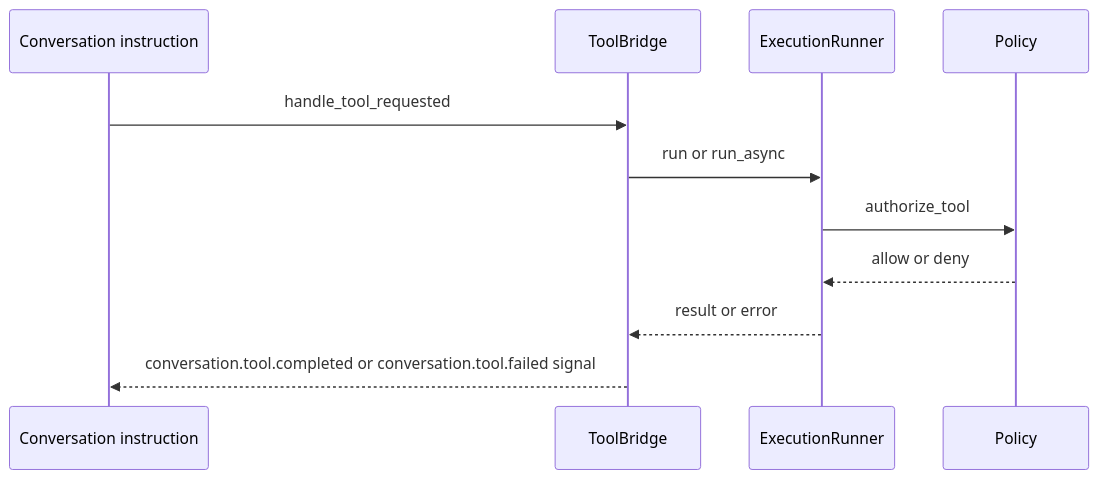
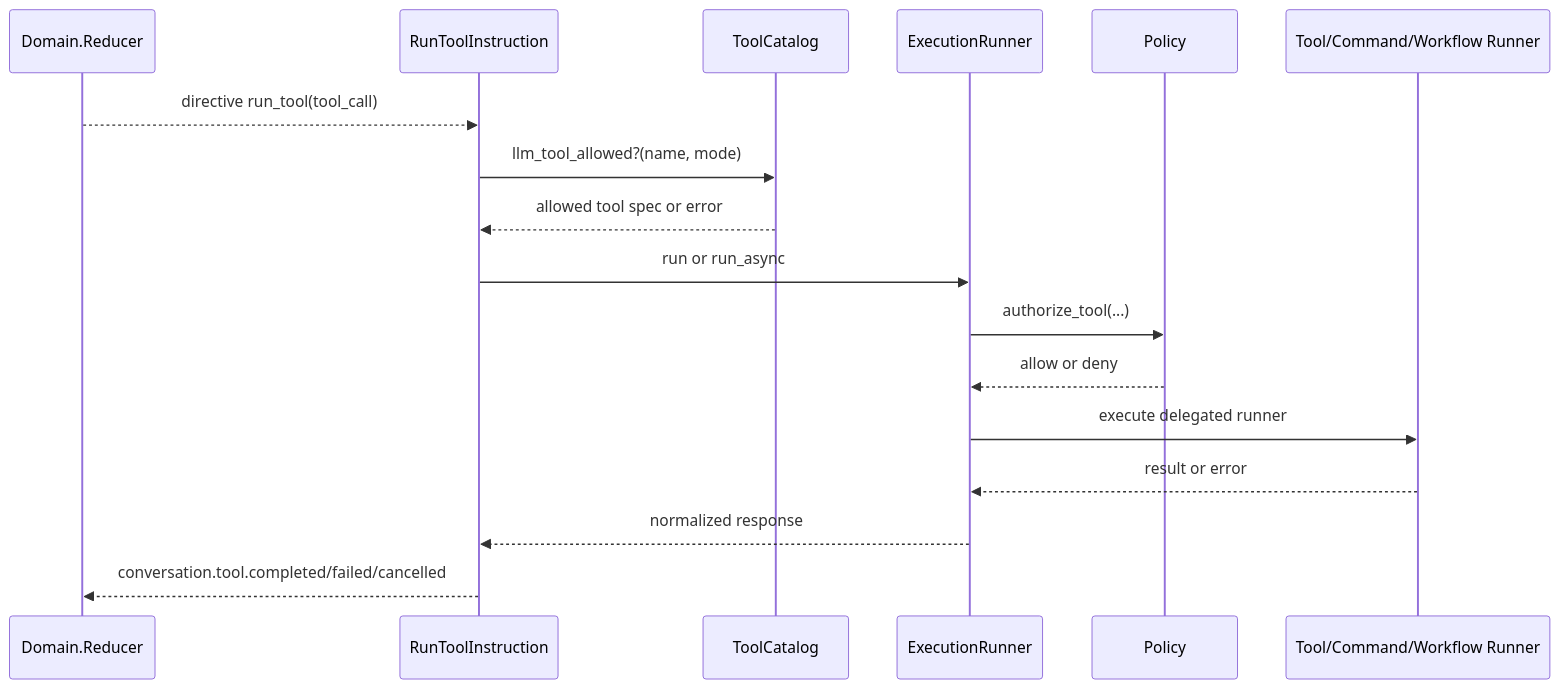
The second of 4 diagrams in docs/developer/06-llm-and-tool-execution.md (pcharbon70/jido_code_server), drawn with Mermaid before and after one commit. The commit also changed other lines of this file and 5 other files, not shown here.

Commit message:
docs: complete phase 8.2 architecture and extension guides

````diff
--- a/docs/developer/06-llm-and-tool-execution.md
+++ b/docs/developer/06-llm-and-tool-execution.md
@@ -35,14 +57,20 @@
 ```mermaid
 sequenceDiagram
-    participant Conv as Conversation instruction
-    participant TB as ToolBridge
-    participant TR as ExecutionRunner
-    participant P as Policy
+    participant Reducer as Domain.Reducer
+    participant ToolInstr as RunToolInstruction
+    participant Catalog as ToolCatalog
+    participant Exec as ExecutionRunner
+    participant Policy as Policy
+    participant Runner as Tool/Command/Workflow Runner
 
-    Conv->>TB: handle_tool_requested
-    TB->>TR: run or run_async
-    TR->>P: authorize_tool
-    P-->>TR: allow or deny
-    TR-->>TB: result or error
-    TB-->>Conv: conversation.tool.completed or conversation.tool.failed signal
+    Reducer-->>ToolInstr: directive run_tool(tool_call)
+    ToolInstr->>Catalog: llm_tool_allowed?(name, mode)
+    Catalog-->>ToolInstr: allowed tool spec or error
+    ToolInstr->>Exec: run or run_async
+    Exec->>Policy: authorize_tool(...)
+    Policy-->>Exec: allow or deny
+    Exec->>Runner: execute delegated runner
+    Runner-->>Exec: result or error
+    Exec-->>ToolInstr: normalized response
+    ToolInstr-->>Reducer: conversation.tool.completed/failed/cancelled
 ```
````
